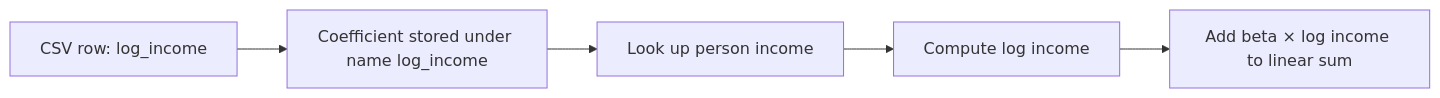
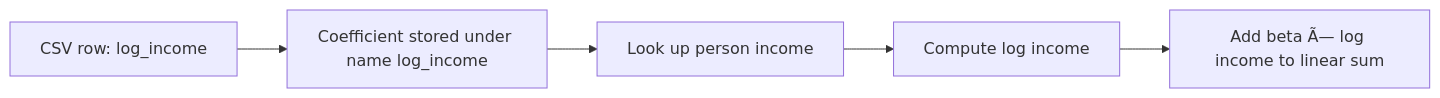
Before and after one commit to imperialCHEPI/healthgps: the fourth of 4 diagrams in documentation/technical/guides/finch-linear-models-and-income-adjustment.md, drawn with Mermaid. The commit also changed other lines of this file and 34 other files, not shown here.

````diff
--- a/documentation/technical/guides/finch-linear-models-and-income-adjustment.md
+++ b/documentation/technical/guides/finch-linear-models-and-income-adjustment.md
@@ -349,7 +354,7 @@
 ```mermaid
 flowchart LR
     CSV[CSV row: log_income] --> LOAD[Coefficient stored under name log_income]
     LOAD --> EVAL[Look up person income]
     EVAL --> LOG[Compute log income]
-    LOG --> SUM[Add beta × log income to linear sum]
+    LOG --> SUM[Add beta Ã— log income to linear sum]
 ```
````
